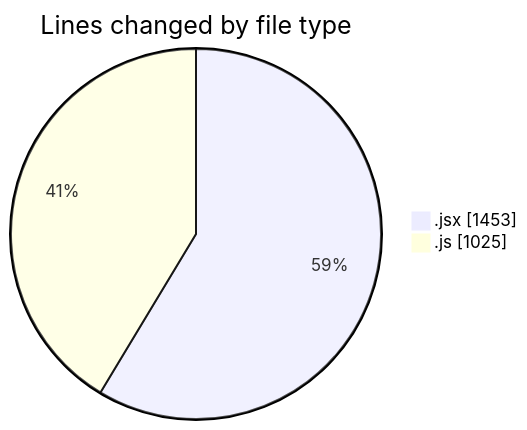
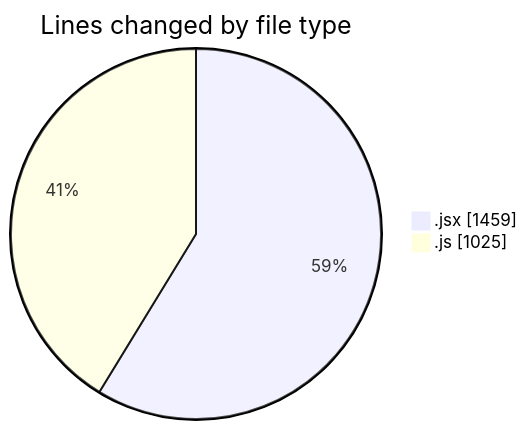
The first of 2 diagrams in 2025-08-04/nxtqube_webapp/README.md (nxtqubesakshisongat/code-tracking), drawn with Mermaid before and after one commit. The commit also changed other lines of this file and 1 other file, not shown here.

````diff
--- a/2025-08-04/nxtqube_webapp/README.md
+++ b/2025-08-04/nxtqube_webapp/README.md
@@ -24,6 +24,6 @@
 ```mermaid
 pie showData
 title Lines changed by file type
-".jsx" : 1453
+".jsx" : 1459
 ".js" : 1025
 ```
````
